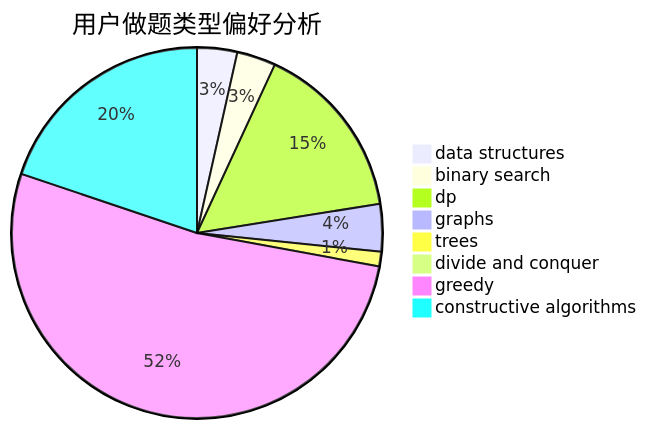
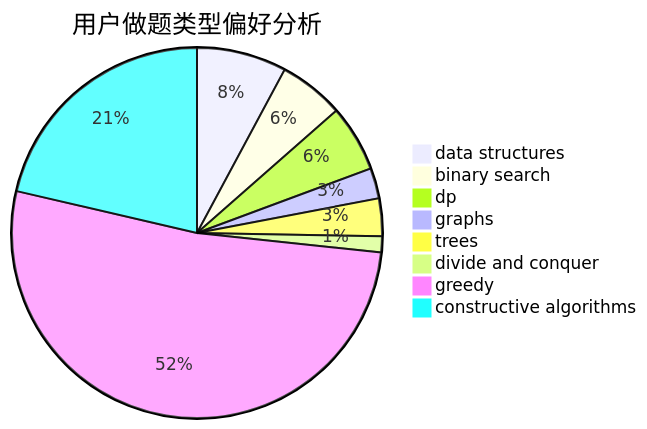
One commit to sherpahu/cfrs.github.io changed the second of 3 diagrams in docs/user/u122.md. Above: the diagram before and after it, drawn with Mermaid. The commit also changed other lines of this file and 2770 other files, not shown here.

````diff
--- a/docs/user/u122.md
+++ b/docs/user/u122.md
@@ -23,11 +23,11 @@
 ```mermaid
 pie title 用户做题类型偏好分析
-    "data structures" :  33
-    "binary search" :  32
-    "dp" :  147
-    "graphs" :  39
-    "trees" :  12
-    "divide and conquer" :  9
-    "greedy" :  493
-    "constructive algorithms" :  187
+    "data structures" :  62
+    "binary search" :  45
+    "dp" :  46
+    "graphs" :  21
+    "trees" :  26
+    "divide and conquer" :  11
+    "greedy" :  411
+    "constructive algorithms" :  169
 ```
````
